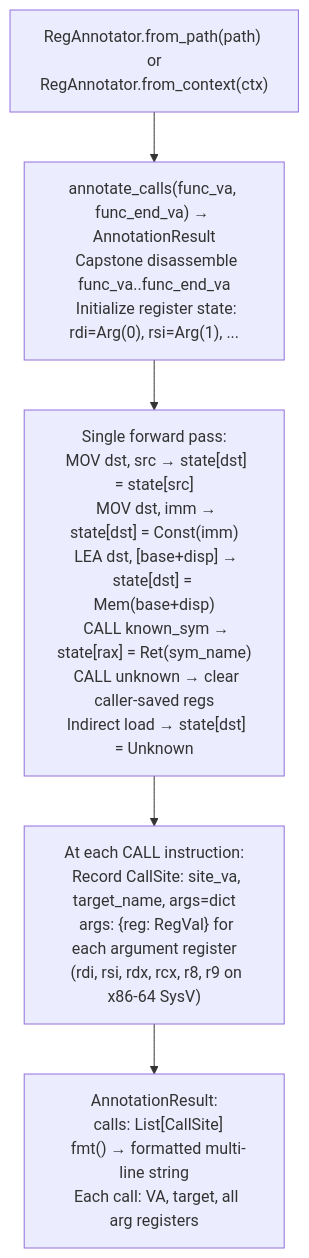
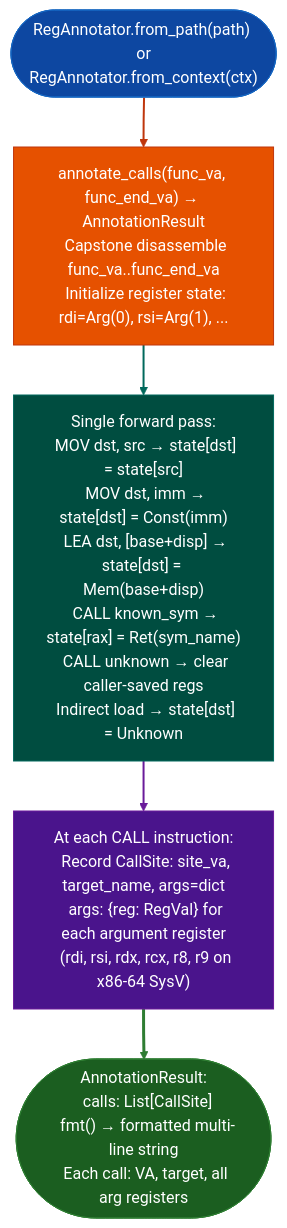
Before and after one commit to Ablation-Tool/ablation: the diagram in docs/reference-modules/call-argument-annotation.md, drawn with Mermaid. The commit also changed 320 other files, not shown here.

First line of the commit message:
docs: apply canonical Mermaid template to all 321 diagrams

````diff
--- a/docs/reference-modules/call-argument-annotation.md
+++ b/docs/reference-modules/call-argument-annotation.md
@@ -19,7 +19,17 @@
 ```mermaid
 flowchart TD
-    A["RegAnnotator.from_path(path) or\nRegAnnotator.from_context(ctx)"] --> B["annotate_calls(func_va, func_end_va) → AnnotationResult\n  Capstone disassemble func_va..func_end_va\n  Initialize register state: rdi=Arg(0), rsi=Arg(1), ..."]
-    B --> C["Single forward pass:\n  MOV dst, src → state[dst] = state[src]\n  MOV dst, imm → state[dst] = Const(imm)\n  LEA dst, [base+disp] → state[dst] = Mem(base+disp)\n  CALL known_sym → state[rax] = Ret(sym_name)\n  CALL unknown → clear caller-saved regs\n  Indirect load → state[dst] = Unknown"]
-    C --> D["At each CALL instruction:\n  Record CallSite: site_va, target_name, args=dict\n  args: {reg: RegVal} for each argument register\n  (rdi, rsi, rdx, rcx, r8, r9 on x86-64 SysV)"]
-    D --> E["AnnotationResult:\n  calls: List[CallSite]\n  fmt() → formatted multi-line string\n  Each call: VA, target, all arg registers"]
+    A(["RegAnnotator.from_path(path) or\nRegAnnotator.from_context(ctx)"]):::input --> B["annotate_calls(func_va, func_end_va) → AnnotationResult\n  Capstone disassemble func_va..func_end_va\n  Initialize register state: rdi=Arg(0), rsi=Arg(1), ..."]:::primary
+    B:::primary --> C["Single forward pass:\n  MOV dst, src → state[dst] = state[src]\n  MOV dst, imm → state[dst] = Const(imm)\n  LEA dst, [base+disp] → state[dst] = Mem(base+disp)\n  CALL known_sym → state[rax] = Ret(sym_name)\n  CALL unknown → clear caller-saved regs\n  Indirect load → state[dst] = Unknown"]:::secondary
+    C:::secondary --> D["At each CALL instruction:\n  Record CallSite: site_va, target_name, args=dict\n  args: {reg: RegVal} for each argument register\n  (rdi, rsi, rdx, rcx, r8, r9 on x86-64 SysV)"]:::tertiary
+    D:::tertiary --> E(["AnnotationResult:\n  calls: List[CallSite]\n  fmt() → formatted multi-line string\n  Each call: VA, target, all arg registers"]):::output
+    classDef input     fill:#0d47a1,stroke:#1565c0,color:#fff
+    classDef primary   fill:#e65100,stroke:#bf360c,color:#fff
+    classDef secondary fill:#004d40,stroke:#00695c,color:#fff
+    classDef tertiary  fill:#4a148c,stroke:#6a1b9a,color:#fff
+    classDef neutral   fill:#37474f,stroke:#546e7a,color:#fff
+    classDef output    fill:#1b5e20,stroke:#2e7d32,color:#fff
+    linkStyle 0 stroke:#bf360c,stroke-width:2px
+    linkStyle 1 stroke:#00695c,stroke-width:2px
+    linkStyle 2 stroke:#6a1b9a,stroke-width:2px
+    linkStyle 3 stroke:#2e7d32,stroke-width:3px
 ```
````
